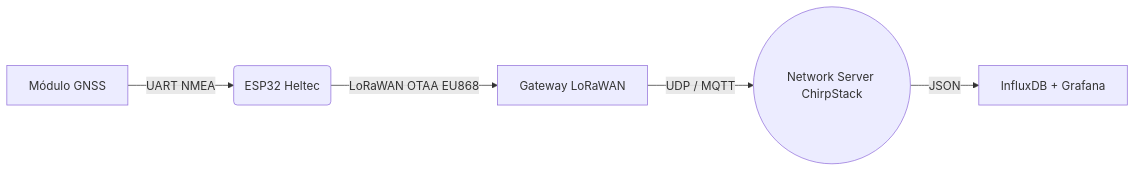
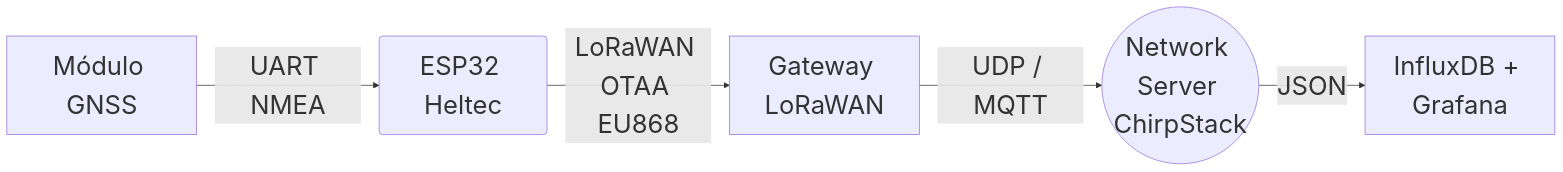
One commit to paulageenaro/uav-lorawan-gnss changed the first of 2 diagrams in docs/architecture.md. Above: the diagram before and after it, drawn with Mermaid. The commit also changed other lines of this file, not shown here.

Commit message:
Update architecture.md with new mermaid diagrams

````diff
--- a/docs/architecture.md
+++ b/docs/architecture.md
@@ -7,7 +7,8 @@
 ```mermaid
+%%{init: {"themeVariables": {"fontSize": "35px"}}}%%
 graph LR
     A[Módulo GNSS] -->|UART NMEA| B(ESP32 Heltec)
     B -->|LoRaWAN OTAA EU868| C[Gateway LoRaWAN]
     C -->|UDP / MQTT| D((Network Server ChirpStack))
     D -->|JSON| E[InfluxDB + Grafana]
 ```
````
